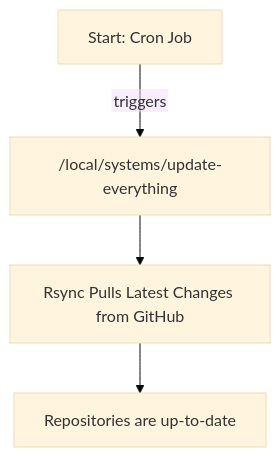
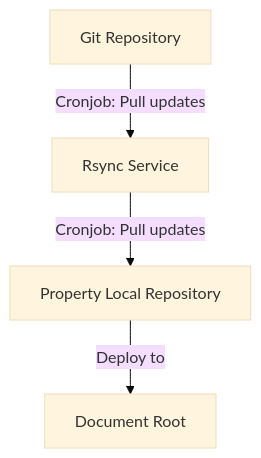
The first of 2 diagrams in Properties.md (neighbourhoodie/stf-php-ansible), drawn with Mermaid (base theme) before and after one commit. The commit also changed other lines of this file and 2 other files, not shown here.

````diff
--- a/Properties.md
+++ b/Properties.md
@@ -26,7 +23,6 @@
 ```mermaid
-%%{init: {"flowchart": {"htmlLabels": false}} }%%
-flowchart TD
-  A[Start: Cron Job] -- triggers --> B["/local/systems/update-everything"]
-  B --> C[Rsync Pulls Latest Changes from GitHub]
-  C --> D[Repositories are up-to-date]
+graph TD
+    A[Git Repository] -->|Cronjob: Pull updates| B[Rsync Service]
+    B -->|Cronjob: Pull updates| C[Property Local Repository]
+    C -->|Deploy to| D[Document Root]
 ```
````
